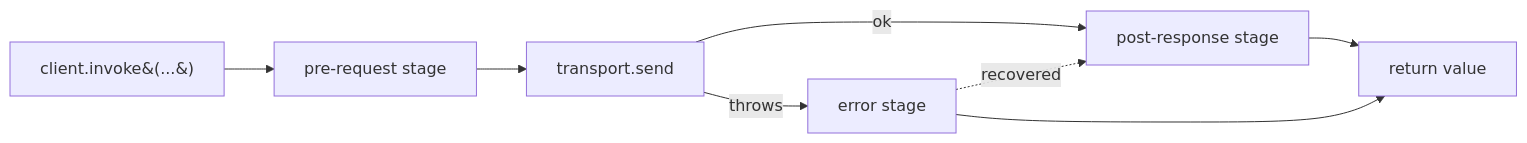
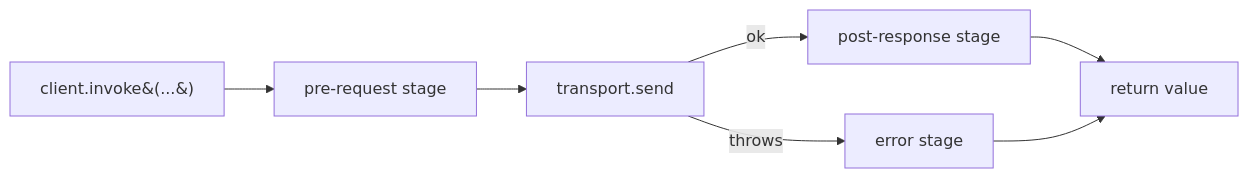
The diagram in docs/frontend/netron/middleware.md (omnitron-dev/website), drawn with Mermaid before and after one commit. The commit also changed other lines of this file and 11 other files, not shown here.

````diff
--- a/docs/frontend/netron/middleware.md
+++ b/docs/frontend/netron/middleware.md
@@ -15,10 +21,9 @@
 ```mermaid
 flowchart LR
   Inv[client.invoke&#40;...&#41;] --> Pre[pre-request stage]
   Pre --> Send[transport.send]
   Send -- ok --> Post[post-response stage]
   Send -- throws --> Err[error stage]
   Post --> Out[return value]
   Err --> Out
-  Err -. recovered .-> Post
 ```
````
